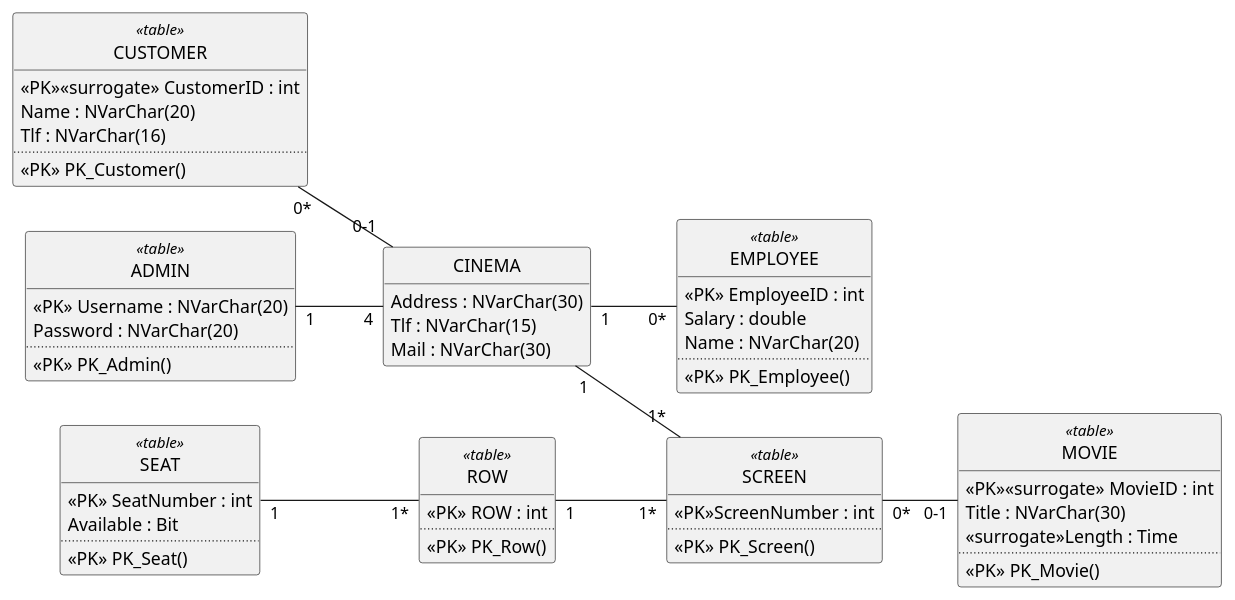
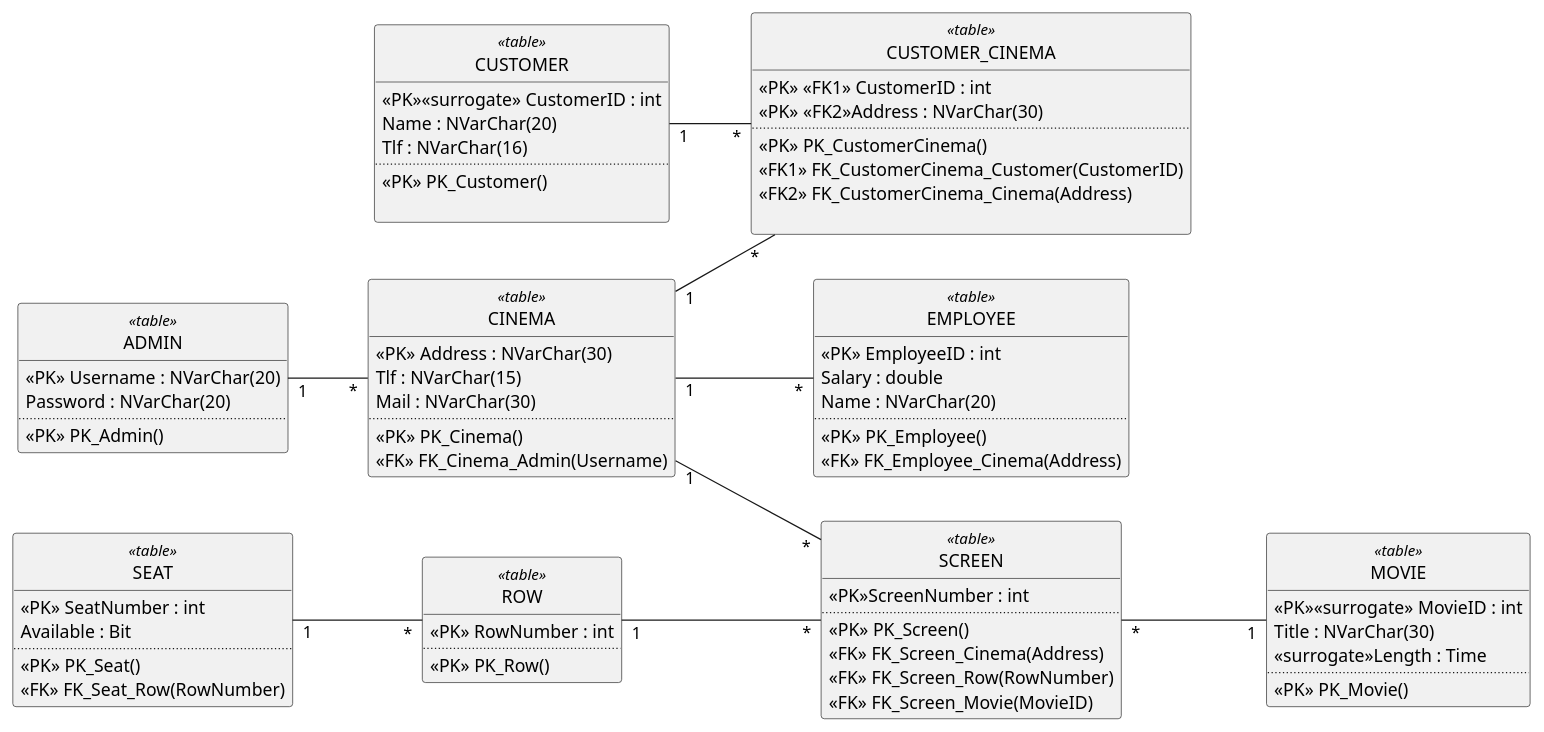
One commit to FilipMeldal/Team1A changed the diagram in Programering 2. sem/Opgaver/TheMoviesDatabaseModel.plantuml. Above: the diagram before and after it, drawn with PlantUML.

Commit message:
Lavet rigtig multiplicitet samt indsat FK nøgler ind i DatabaseModellen

```diff
--- a/Programering 2. sem/Opgaver/TheMoviesDatabaseModel.plantuml
+++ b/Programering 2. sem/Opgaver/TheMoviesDatabaseModel.plantuml
@@ -1,85 +1,103 @@
 @startuml
 
 hide circle
 left to right direction
 hide empty members
 
 
-ROW "1" -- "1*" SCREEN  
-SEAT "1" -- "1*" ROW
-CUSTOMER "0*" -- "0-1" CINEMA
-CINEMA "1" -- "0*" EMPLOYEE
-CINEMA "1" -- "1*" SCREEN
-SCREEN "0*" -- "0-1" MOVIE
-ADMIN "1" -- "4" CINEMA
-
-
-
-class CINEMA
-{
-    Address : NVarChar(30)
-    Tlf : NVarChar(15)
-    Mail : NVarChar(30)
-    
-}
+ROW "1" -- "*" SCREEN  
+SEAT "1" -- "*" ROW
+CINEMA "1" -- "*" CUSTOMER_CINEMA
+CUSTOMER "1" -- "*" CUSTOMER_CINEMA
+CINEMA "1" -- "*" EMPLOYEE
+CINEMA "1" -- "*" SCREEN
+SCREEN "*" -- "1" MOVIE
+ADMIN "1" -- "*" CINEMA
 
 
 class CUSTOMER <<table>>
 {
     <<PK>><<surrogate>> CustomerID : int
     Name : NVarChar(20)    
     Tlf : NVarChar(16)
     ..
     <<PK>> PK_Customer()
+
+}
+
+class CINEMA <<table>>
+{
+    <<PK>> Address : NVarChar(30)
+    Tlf : NVarChar(15)
+    Mail : NVarChar(30)
+    ..
+    <<PK>> PK_Cinema()
+    <<FK>> FK_Cinema_Admin(Username)
+}
+
+class CUSTOMER_CINEMA <<table>>
+{
+    <<PK>> <<FK1>> CustomerID : int
+    <<PK>> <<FK2>>Address : NVarChar(30)
+    ..
+    <<PK>> PK_CustomerCinema()
+    <<FK1>> FK_CustomerCinema_Customer(CustomerID)
+    <<FK2>> FK_CustomerCinema_Cinema(Address)
+
+}
+
+class EMPLOYEE <<table>>
+{
+    <<PK>> EmployeeID : int
+    Salary : double
+    Name : NVarChar(20)
+    ..
+    <<PK>> PK_Employee()
+    <<FK>> FK_Employee_Cinema(Address)
 }
 
 class SCREEN  <<table>> 
 {
     <<PK>>ScreenNumber : int
     ..
     <<PK>> PK_Screen()
+    <<FK>> FK_Screen_Cinema(Address)
+    <<FK>> FK_Screen_Row(RowNumber)
+    <<FK>> FK_Screen_Movie(MovieID)
 }
 
 class ROW <<table>>
 {
-    <<PK>> ROW : int
+    <<PK>> RowNumber : int
     ..
     <<PK>> PK_Row()
 }
 
 class SEAT <<table>>
 {
     <<PK>> SeatNumber : int
     Available : Bit
     ..
     <<PK>> PK_Seat()
+    <<FK>> FK_Seat_Row(RowNumber)
 }
 
 class MOVIE <<table>>
 {
     <<PK>><<surrogate>> MovieID : int
     Title : NVarChar(30)
     <<surrogate>>Length : Time
     ..
     <<PK>> PK_Movie()
 }
 
 class ADMIN <<table>>
 {
     <<PK>> Username : NVarChar(20) 
     Password : NVarChar(20) 
     ..
     <<PK>> PK_Admin()
 }
 
-class EMPLOYEE <<table>>
-{
-    <<PK>> EmployeeID : int
-    Salary : double
-    Name : NVarChar(20)
-    ..
-    <<PK>> PK_Employee()
-}
-
 
 @enduml
```
